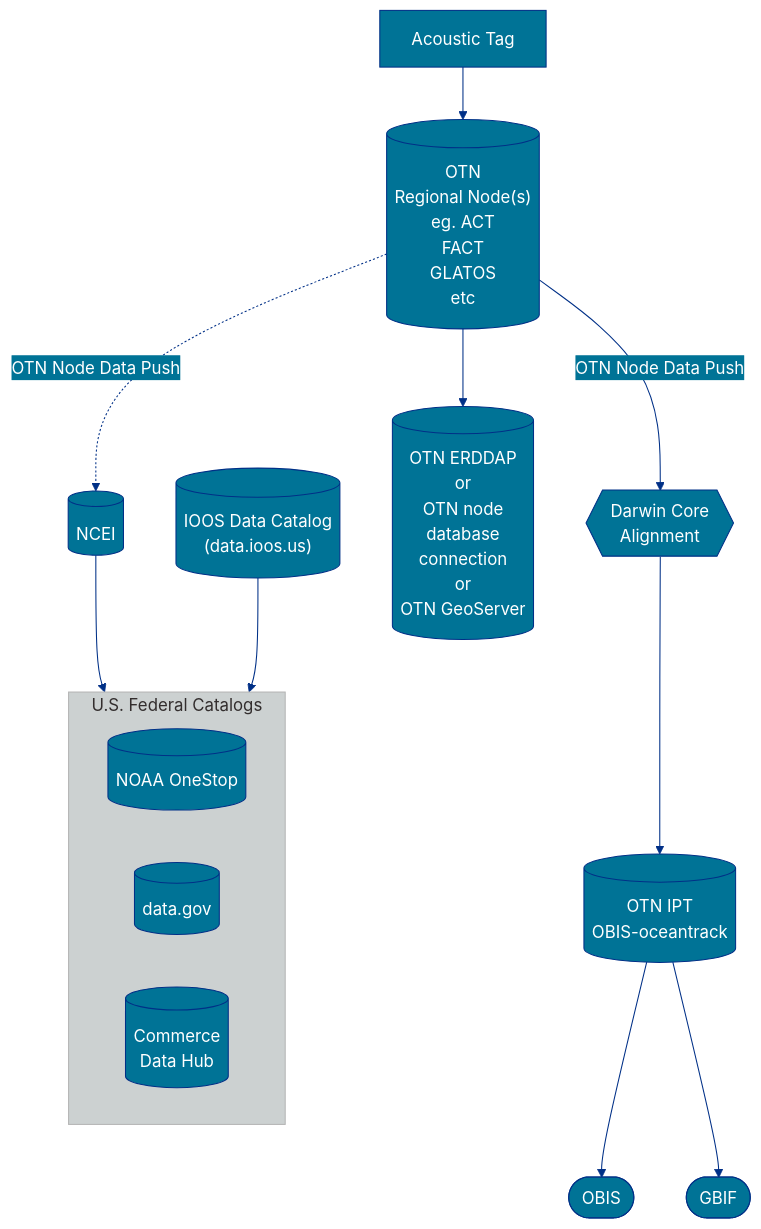
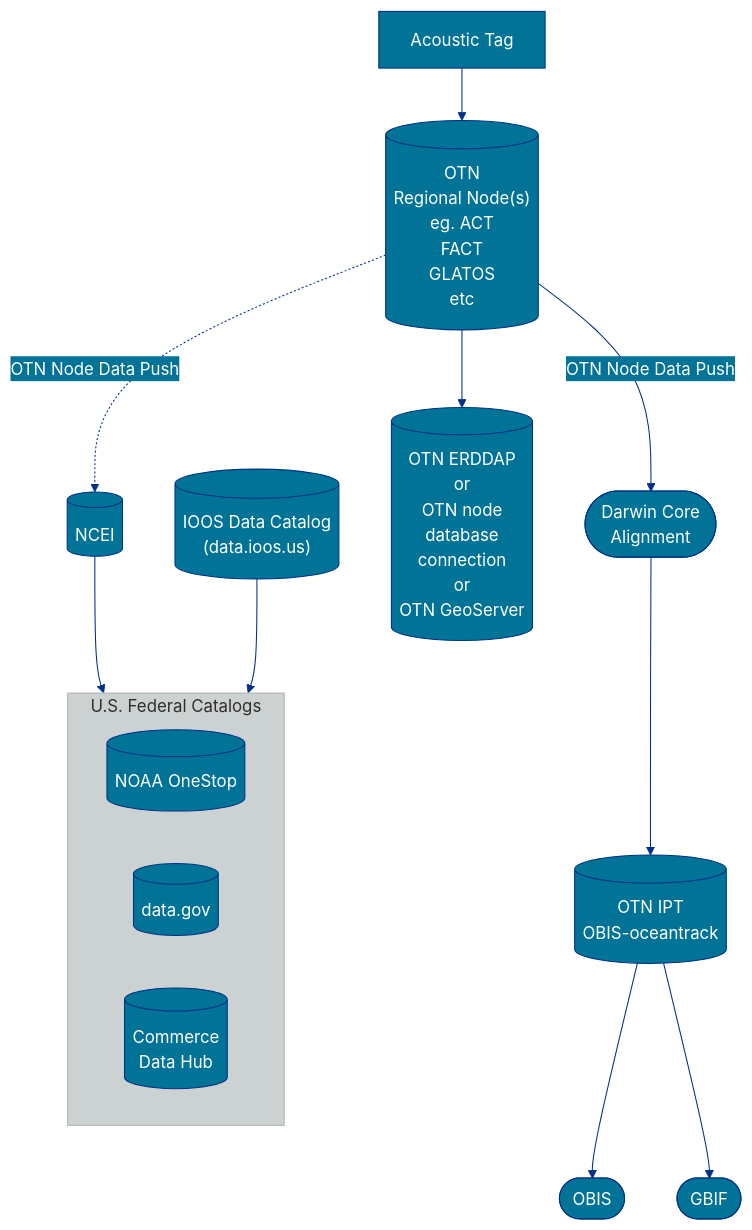
One commit to ioos/marine_life_data_network changed the fourth of 5 diagrams in _docs/index.md. Above: the diagram before and after it, drawn with Mermaid.

Commit message:
Update index.md
fixing mermaid diagram

```diff
--- a/_docs/index.md
+++ b/_docs/index.md
@@ -241,8 +241,8 @@
 %% Q[(ATN Acoustic Data Mirror/
 %% FedNode??)]
 
-C{{"Darwin Core
-Alignment"}}
+C([Darwin Core
+Alignment])
 
 D[(NCEI)]
 
```
